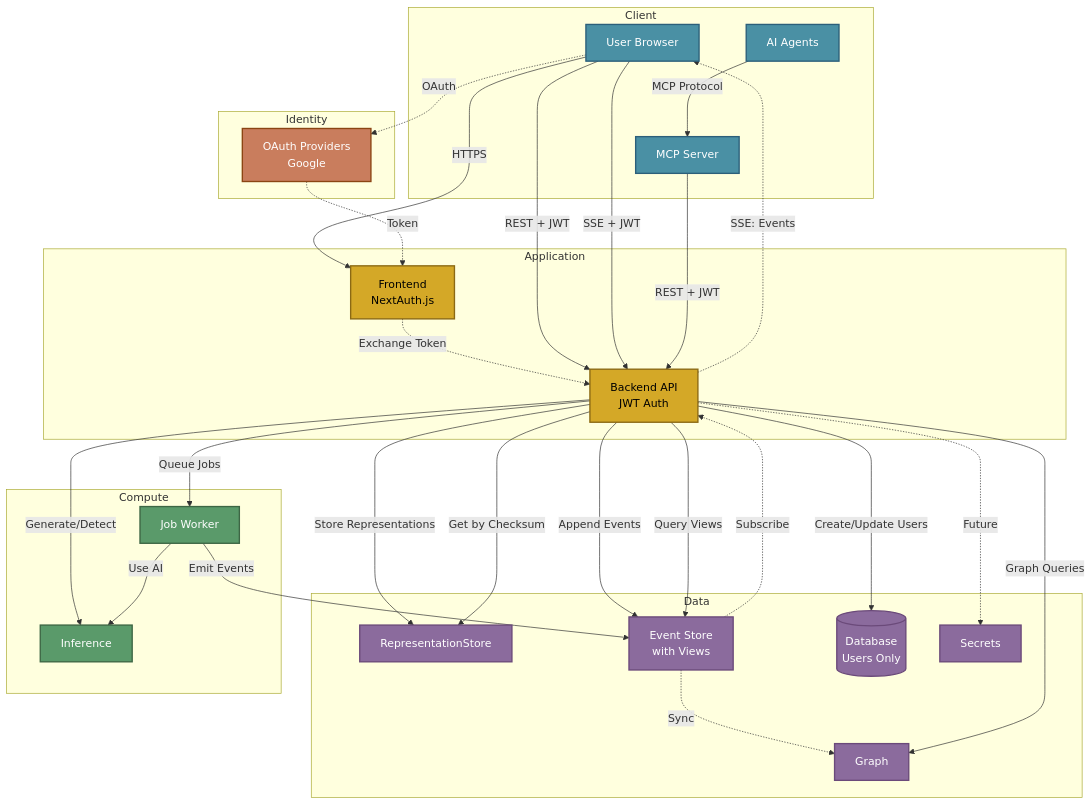
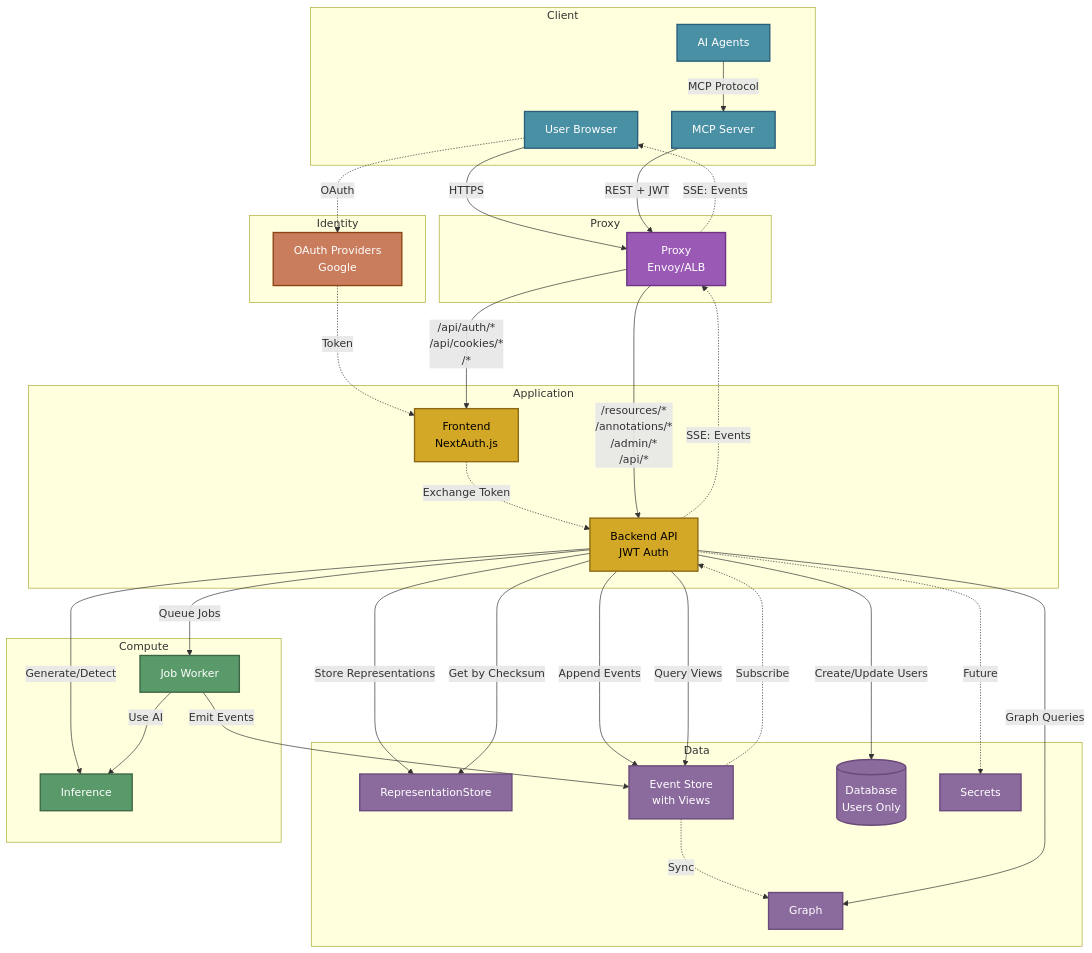
The diagram in docs/ARCHITECTURE.md (The-AI-Alliance/semiont), drawn with Mermaid before and after one commit. The commit also changed other lines of this file and 1 other file, not shown here.

Commit message:
proxy docs

```diff
--- a/docs/ARCHITECTURE.md
+++ b/docs/ARCHITECTURE.md
@@ -28,6 +28,10 @@
 
     subgraph "Identity"
         OAUTH[OAuth Providers<br/>Google]
+    end
+
+    subgraph "Proxy"
+        PROXY[Proxy<br/>Envoy/ALB]
     end
 
     subgraph "Application"
@@ -48,19 +52,19 @@
         JW[Job Worker]
     end
 
-    %% Client connections
-    USER -->|HTTPS| FE
+    %% Client to Proxy
+    USER -->|HTTPS| PROXY
     AI -->|MCP Protocol| MCP
+    MCP -->|REST + JWT| PROXY
 
     %% OAuth flow (server-side only)
     USER -.->|OAuth| OAUTH
     OAUTH -.->|Token| FE
     FE -.->|Exchange Token| BE
 
-    %% API calls (client-side from browser)
-    USER -->|REST + JWT| BE
-    USER -->|SSE + JWT| BE
-    MCP -->|REST + JWT| BE
+    %% Proxy routing
+    PROXY -->|/api/auth/*<br/>/api/cookies/*<br/>/*| FE
+    PROXY -->|/resources/*<br/>/annotations/*<br/>/admin/*<br/>/api/*| BE
 
     %% Backend to data (write path)
     BE -->|Store Representations| REP
@@ -82,19 +86,22 @@
     JW -->|Emit Events| EVENTS
     JW -->|Use AI| INF
 
-    %% SSE event flow (real-time updates back to browser)
+    %% SSE event flow (real-time updates back through proxy)
     EVENTS -.->|Subscribe| BE
-    BE -.->|SSE: Events| USER
+    BE -.->|SSE: Events| PROXY
+    PROXY -.->|SSE: Events| USER
 
     %% Styling
     classDef client fill:#4a90a4,stroke:#2c5f7a,stroke-width:2px,color:#fff
     classDef identity fill:#c97d5d,stroke:#8b4513,stroke-width:2px,color:#fff
+    classDef proxy fill:#9b59b6,stroke:#6c3483,stroke-width:2px,color:#fff
     classDef app fill:#d4a827,stroke:#8b6914,stroke-width:2px,color:#000
     classDef data fill:#8b6b9d,stroke:#6b4a7a,stroke-width:2px,color:#fff
     classDef compute fill:#5a9a6a,stroke:#3d6644,stroke-width:2px,color:#fff
 
     class USER,AI,MCP client
     class OAUTH identity
+    class PROXY proxy
     class FE,BE app
     class REP,EVENTS,GRAPH,DB,SEC data
     class INF,JW compute
```
